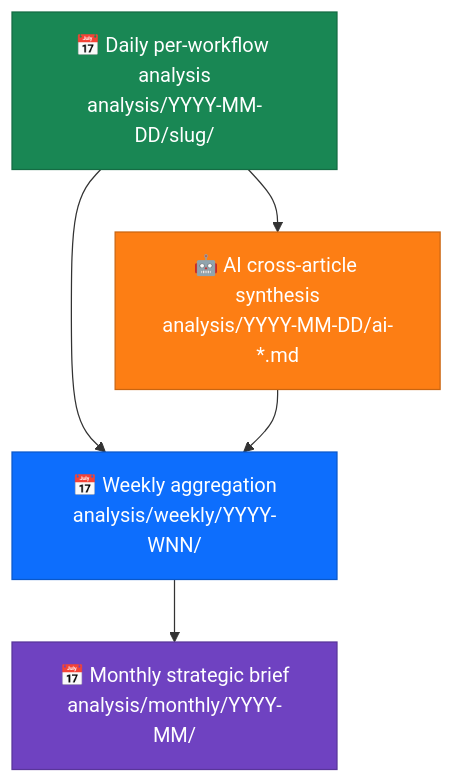
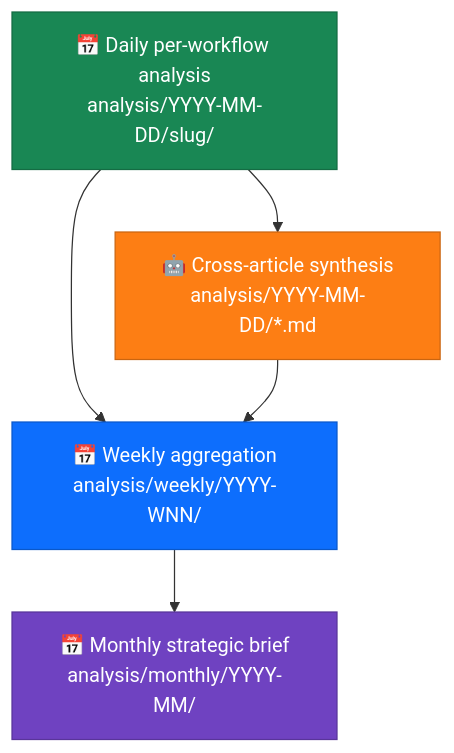
The seventh of 7 diagrams in docs/api/media/README-3.md (Hack23/euparliamentmonitor), drawn with Mermaid before and after one commit. The commit also changed other lines of this file and 1241 other files, not shown here.

````diff
--- a/docs/api/media/README-3.md
+++ b/docs/api/media/README-3.md
@@ -510,12 +654,12 @@
 ```mermaid
 flowchart TD
     D["📅 Daily per-workflow analysis\nanalysis/YYYY-MM-DD/slug/"] --> W["📅 Weekly aggregation\nanalysis/weekly/YYYY-WNN/"]
     W --> M["📅 Monthly strategic brief\nanalysis/monthly/YYYY-MM/"]
-    D --> AI["🤖 AI cross-article synthesis\nanalysis/YYYY-MM-DD/ai-*.md"]
-    AI --> W
+    D --> SYN["🤖 Cross-article synthesis\nanalysis/YYYY-MM-DD/*.md"]
+    SYN --> W
 
     style D fill:#198754,stroke:#146c43,color:#fff
     style W fill:#0d6efd,stroke:#0a58ca,color:#fff
     style M fill:#6f42c1,stroke:#59359a,color:#fff
-    style AI fill:#fd7e14,stroke:#ca6510,color:#fff
+    style SYN fill:#fd7e14,stroke:#ca6510,color:#fff
 ```
````
